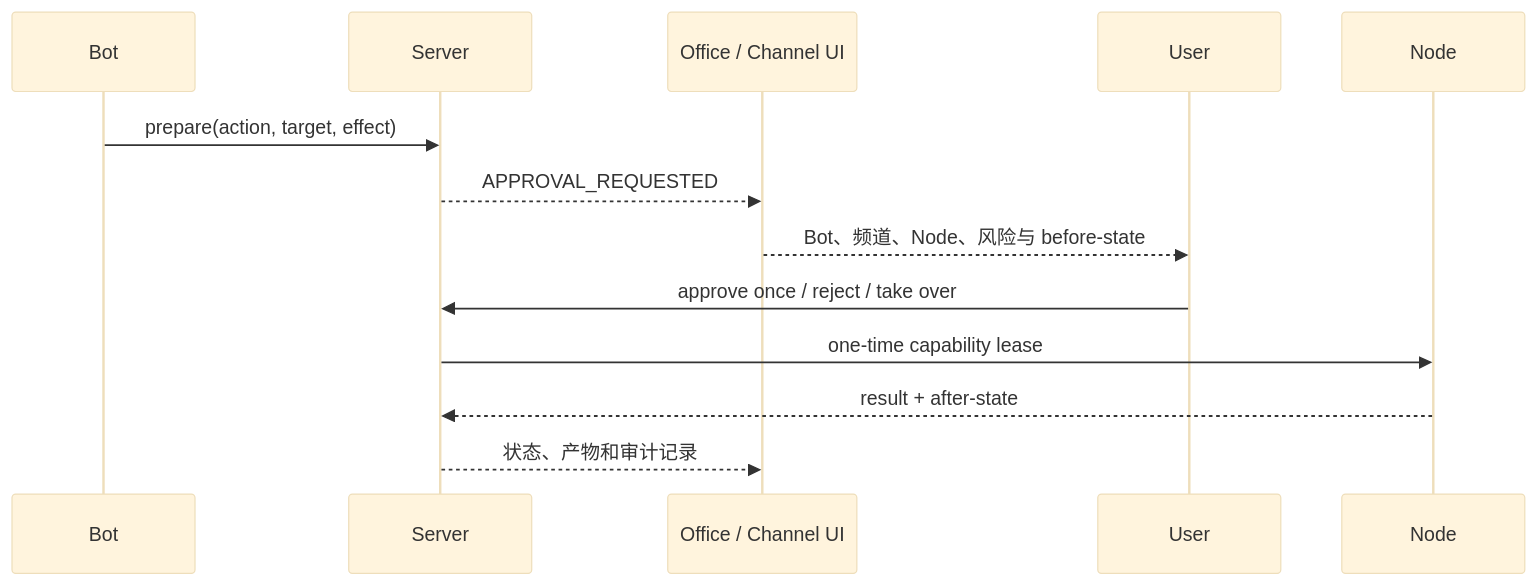
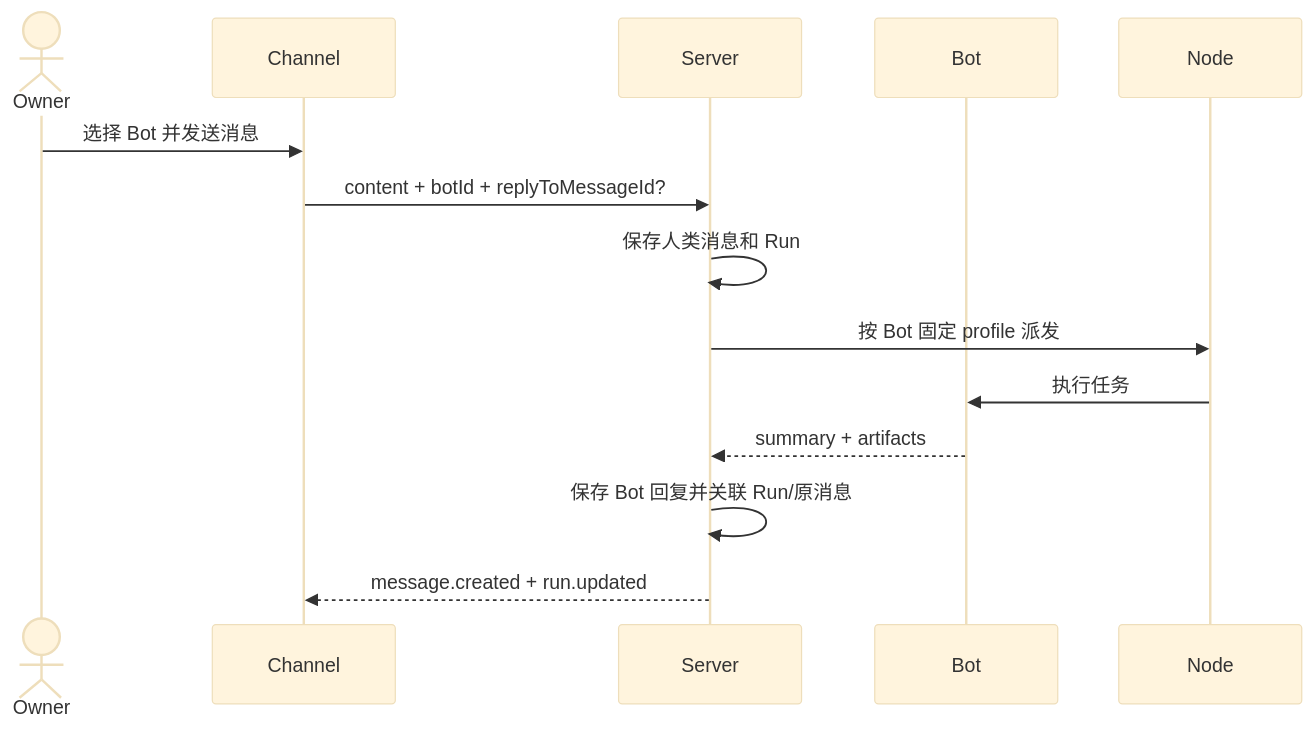
One commit to yxflc11/openbot changed the second of 2 diagrams in docs/INTERFACE.md. Above: the diagram before and after it, drawn with Mermaid (base theme). The commit also changed other lines of this file and 35 other files, not shown here.

````diff
--- a/docs/INTERFACE.md
+++ b/docs/INTERFACE.md
@@ -160,16 +40,17 @@
 ```mermaid
 sequenceDiagram
+    actor Owner
+    participant Channel
+    participant Server
     participant Bot
-    participant Server
-    participant Office as Office / Channel UI
-    participant User
     participant Node
 
-    Bot->>Server: prepare(action, target, effect)
-    Server-->>Office: APPROVAL_REQUESTED
-    Office-->>User: Bot、频道、Node、风险与 before-state
-    User->>Server: approve once / reject / take over
-    Server->>Node: one-time capability lease
-    Node-->>Server: result + after-state
-    Server-->>Office: 状态、产物和审计记录
+    Owner->>Channel: 选择 Bot 并发送消息
+    Channel->>Server: content + botId + replyToMessageId?
+    Server->>Server: 保存人类消息和 Run
+    Server->>Node: 按 Bot 固定 profile 派发
+    Node->>Bot: 执行任务
+    Bot-->>Server: summary + artifacts
+    Server->>Server: 保存 Bot 回复并关联 Run/原消息
+    Server-->>Channel: message.created + run.updated
 ```
````
